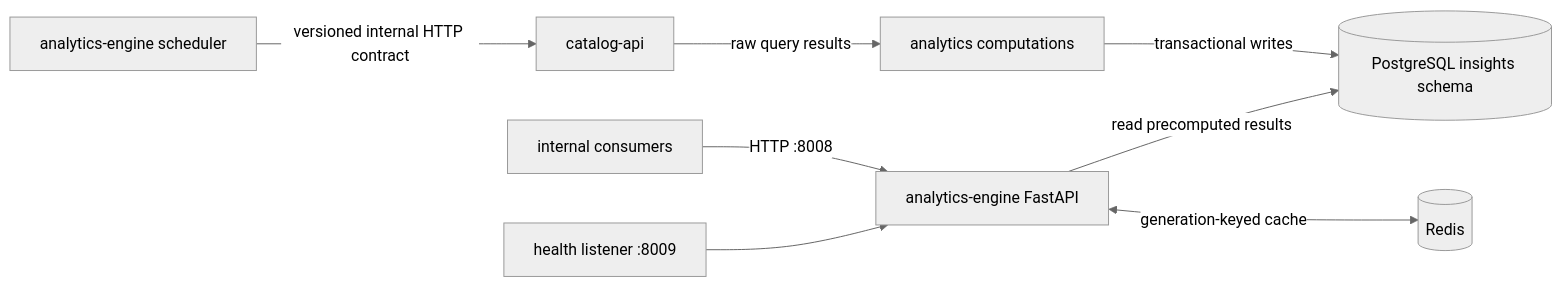
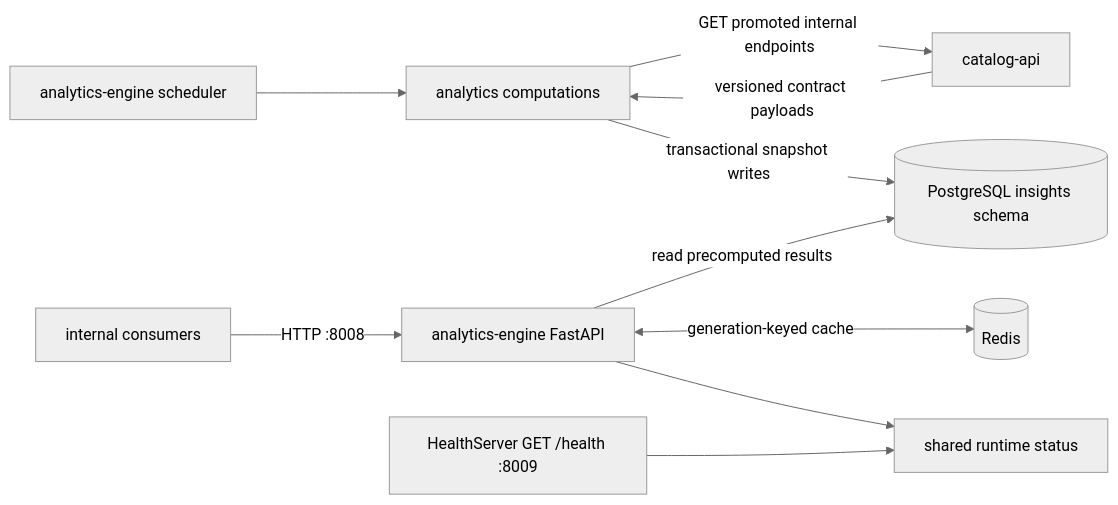
The diagram in docs/architecture.md (groovemap-music/analytics-engine), drawn with Mermaid (neutral theme) before and after one commit. The commit also changed other lines of this file and 5 other files, not shown here.

Commit message:
docs(analytics): reconcile runtime contracts

````diff
--- a/docs/architecture.md
+++ b/docs/architecture.md
@@ -5,10 +5,12 @@
 ```mermaid
 flowchart LR
-    Scheduler[analytics-engine scheduler] -->|versioned internal HTTP contract| Catalog[catalog-api]
-    Catalog -->|raw query results| Compute[analytics computations]
-    Compute -->|transactional writes| Postgres[(PostgreSQL insights schema)]
+    Scheduler[analytics-engine scheduler] --> Compute[analytics computations]
+    Compute -->|GET promoted internal endpoints| Catalog[catalog-api]
+    Catalog -->|versioned contract payloads| Compute
+    Compute -->|transactional snapshot writes| Postgres[(PostgreSQL insights schema)]
+    Clients[internal consumers] -->|HTTP :8008| API
     API[analytics-engine FastAPI] -->|read precomputed results| Postgres
     API <-->|generation-keyed cache| Redis[(Redis)]
-    Clients[internal consumers] -->|HTTP :8008| API
-    Health[health listener :8009] --> API
+    API --> Runtime[shared runtime status]
+    Health[HealthServer GET /health :8009] --> Runtime
 ```
````
